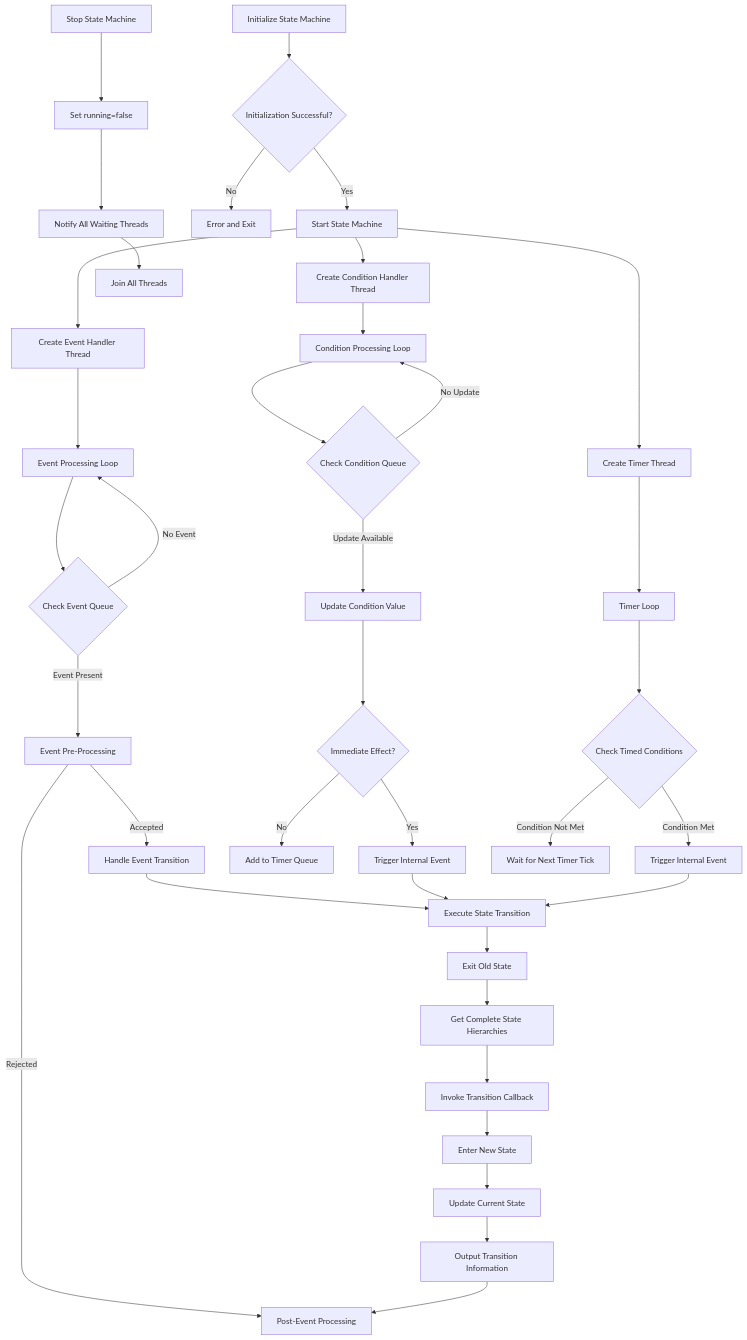
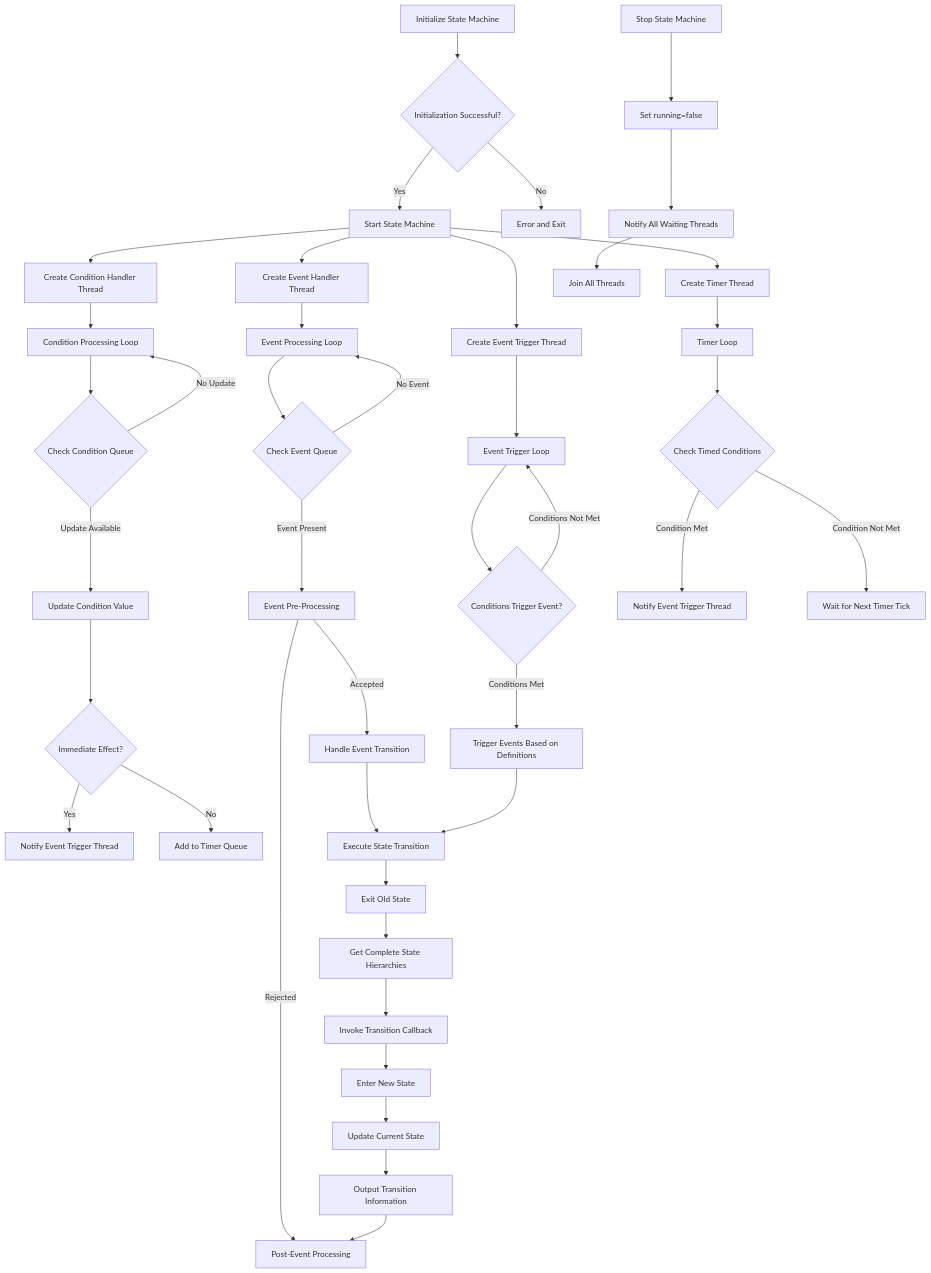
One commit to JUSTLIKEHU/StateMachine_Frame changed the diagram in README.md. Above: the diagram before and after it, drawn with Mermaid. The commit also changed other lines of this file and 6 other files, not shown here.

Commit message:
[feature] Support conditions triggered events

````diff
--- a/README.md
+++ b/README.md
@@ -472,45 +496,50 @@
 ```mermaid
 graph TD
   A[Initialize State Machine] --> B{Initialization Successful?}
   B -->|Yes| C[Start State Machine]
   B -->|No| D[Error and Exit]
   
   C --> E[Create Event Handler Thread]
+  C --> E1[Create Event Trigger Thread]
   C --> E2[Create Condition Handler Thread]
   C --> F[Create Timer Thread]
   
   E --> G[Event Processing Loop]
   G --> H{Check Event Queue}
   H -->|Event Present| I0[Event Pre-Processing]
   I0 -->|Accepted| I[Handle Event Transition]
   I0 -->|Rejected| I2[Post-Event Processing]
   H -->|No Event| G
   
+  E1 --> G1[Event Trigger Loop]
+  G1 --> H1{Conditions Trigger Event?}
+  H1 -->|Conditions Met| I1[Trigger Events Based on Definitions]
+  H1 -->|Conditions Not Met| G1
+  
   E2 --> J1[Condition Processing Loop]
   J1 --> J2{Check Condition Queue}
   J2 -->|Update Available| K[Update Condition Value]
   K --> K1{Immediate Effect?}
-  K1 -->|Yes| K2[Trigger Internal Event]
+  K1 -->|Yes| K2[Notify Event Trigger Thread]
   K1 -->|No| K3[Add to Timer Queue]
   J2 -->|No Update| J1
   
   F --> M[Timer Loop]
   M --> N{Check Timed Conditions}
-  N -->|Condition Met| O[Trigger Internal Event]
+  N -->|Condition Met| O[Notify Event Trigger Thread]
   N -->|Condition Not Met| P[Wait for Next Timer Tick]
   
   I --> Q0[Execute State Transition]
-  K2 --> Q0
-  O --> Q0
+  I1 --> Q0
   Q0 --> Q1[Exit Old State]
   Q1 --> Q[Get Complete State Hierarchies]
   Q --> R[Invoke Transition Callback]
   R --> S0[Enter New State]
   S0 --> S[Update Current State]
   S --> T[Output Transition Information]
   T --> I2
   
   Z[Stop State Machine] --> Z1[Set running=false]
   Z1 --> Z2[Notify All Waiting Threads]
   Z2 --> Z3[Join All Threads]
 ```
````
